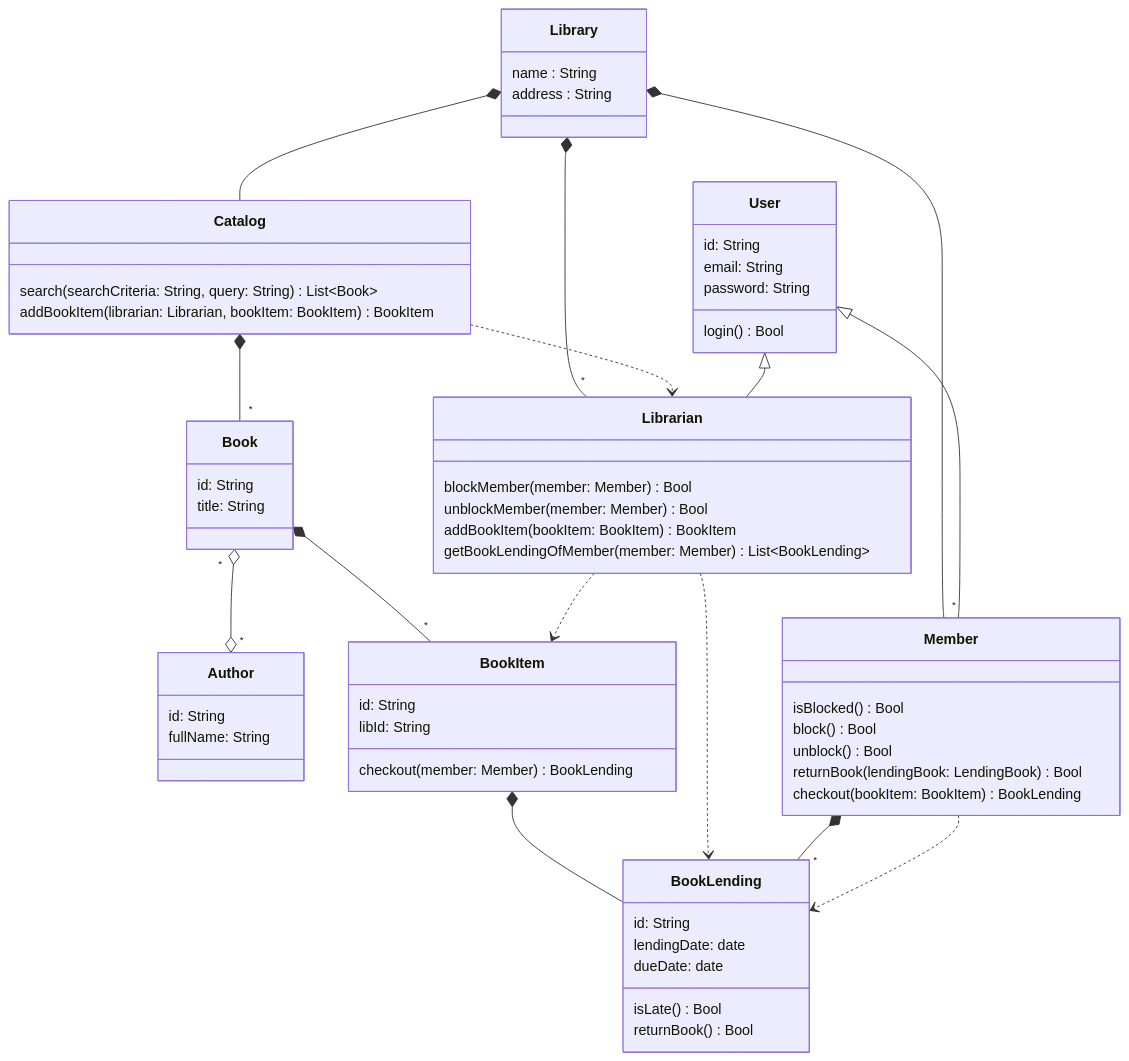
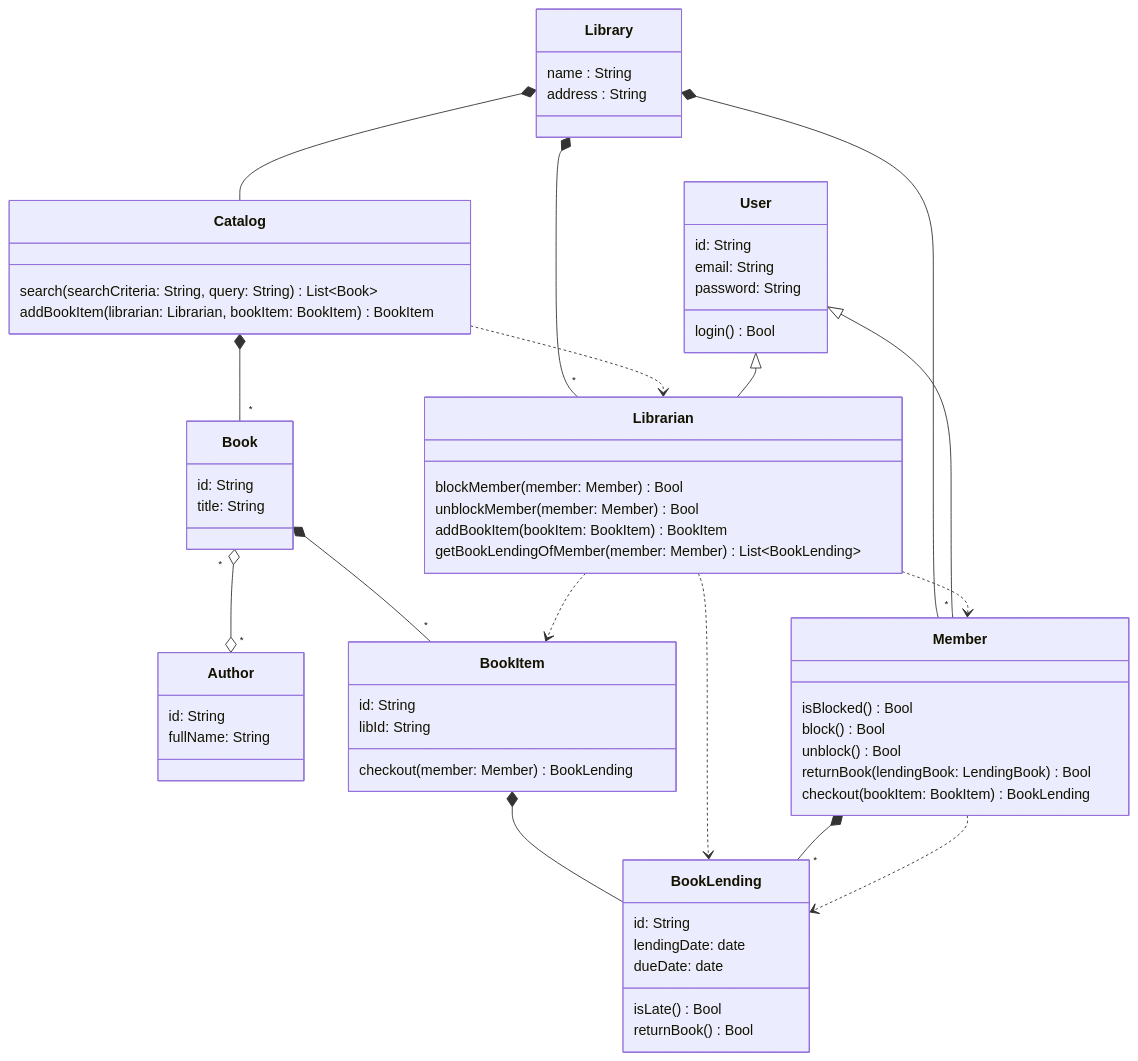
Before and after one commit to PatrickGIRY/Data-Oriented-Programming: the first of 4 diagrams in chapter_1/README.md, drawn with Mermaid.

Commit message:
Add librarian use member

````diff
--- a/chapter_1/README.md
+++ b/chapter_1/README.md
@@ -28,78 +28,79 @@
 ```mermaid
 ---
   config:
     class:
       hideEmptyMembersBox: true
 ---
 classDiagram
 class Library {
     name : String
     address : String
 }
 
 class Catalog {
     search(searchCriteria: String, query: String) List~Book~
     addBookItem(librarian: Librarian, bookItem: BookItem) BookItem
 }
 
 class Book {
     id: String
     title: String
 }
 
 class Author {
     id: String
     fullName: String
 }
 
 class BookItem {
     id: String
     libId: String
     checkout(member: Member) BookLending
 }
 
 class BookLending {
     id: String
     lendingDate: date
     dueDate: date
     isLate() Bool
     returnBook() Bool
 }
 
 class User {
     id: String
     email: String
     password: String
     login() Bool
 }
 
 class Librarian {
     blockMember(member: Member) Bool
     unblockMember(member: Member) Bool
     addBookItem(bookItem: BookItem) BookItem
     getBookLendingOfMember(member: Member) List~BookLending~
 }
 
 class Member {
     isBlocked() Bool
     block() Bool
     unblock() Bool
     returnBook(lendingBook: LendingBook) Bool
     checkout(bookItem: BookItem) BookLending
 }
 
 Library *-- Catalog
 Library *-- "*" Member
 Library *-- "*" Librarian
 Catalog *-- "*" Book
 Catalog ..> Librarian
 Book "*" o--o "*" Author
 Book *-- "*" BookItem
 BookItem *-- BookLending
 User <|-- Librarian
 User <|-- Member
+Librarian ..> Member
 Librarian ..> BookItem
 Librarian ..> BookLending
 Member *-- "*" BookLending
 Member ..> BookLending
 ```
````
